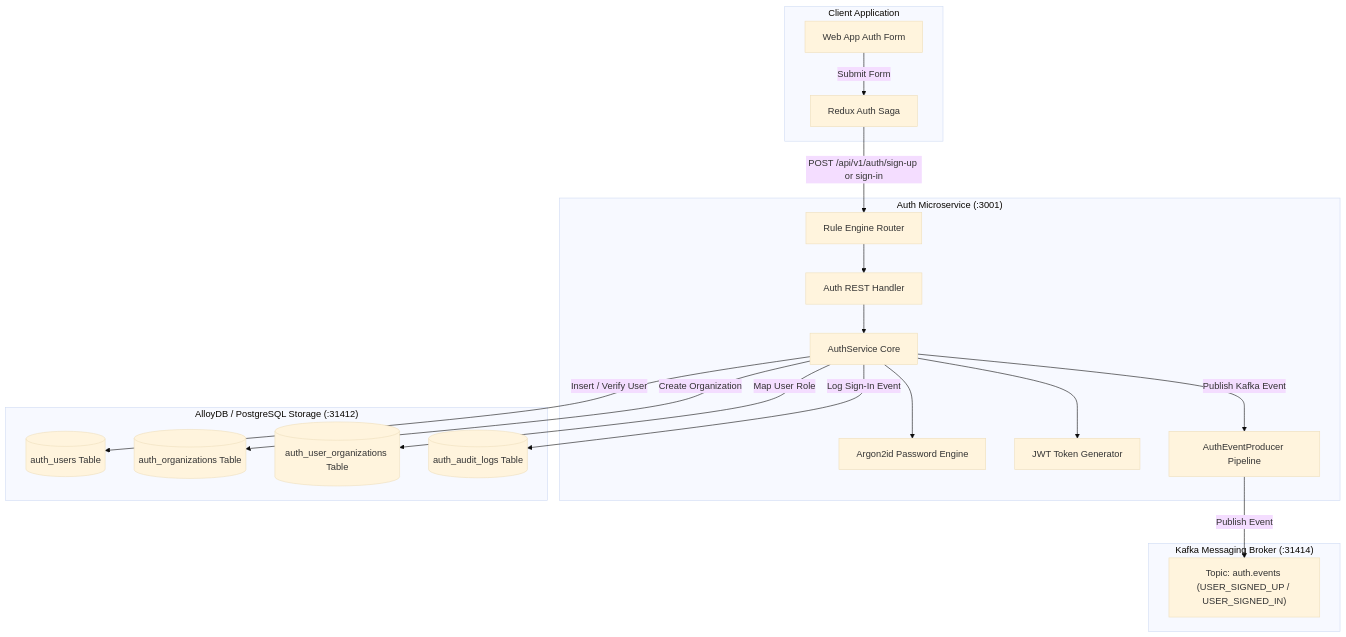
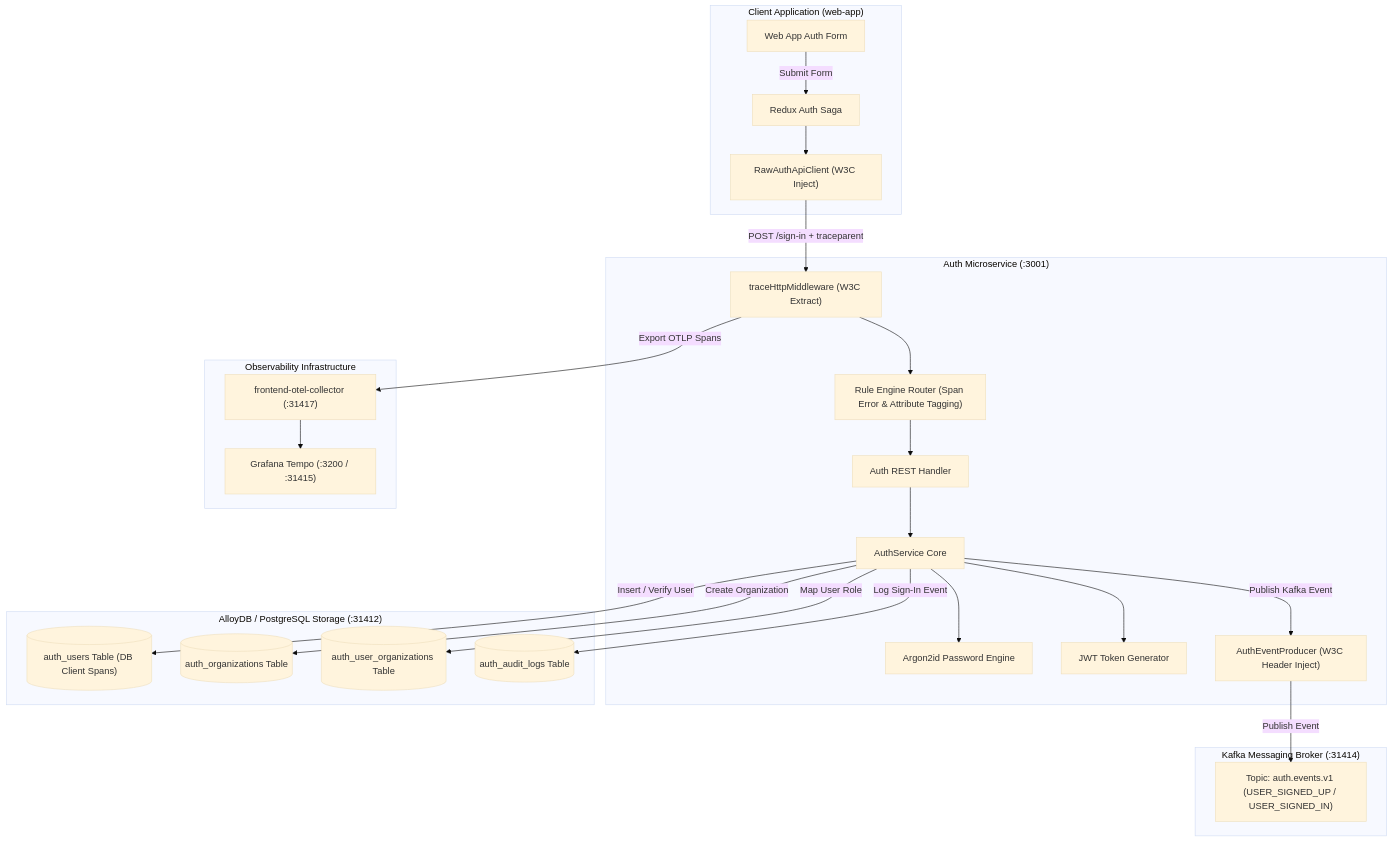
Before and after one commit to Chief-Strategist-J/llm-observability-platform: the first of 3 diagrams in packages/node/auth/adr/0002-authentication-user-registration-and-signin-flow.md, drawn with Mermaid (base theme). The commit also changed other lines of this file and 1 other file, not shown here.

Commit message:
docs(adr): update ADR 0001 and ADR 0002 with tracing, W3C context extraction, and failure span recording

````diff
--- a/packages/node/auth/adr/0002-authentication-user-registration-and-signin-flow.md
+++ b/packages/node/auth/adr/0002-authentication-user-registration-and-signin-flow.md
@@ -11,42 +11,54 @@
 ```mermaid
 flowchart TD
-    subgraph Client["Client Application"]
+    subgraph Client["Client Application (web-app)"]
         UI["Web App Auth Form"]
         Saga["Redux Auth Saga"]
+        AuthClient["RawAuthApiClient (W3C Inject)"]
     end
 
     subgraph Service["Auth Microservice (:3001)"]
-        Router["Rule Engine Router"]
+        Middleware["traceHttpMiddleware (W3C Extract)"]
+        Router["Rule Engine Router (Span Error & Attribute Tagging)"]
         AuthHandler["Auth REST Handler"]
         DomainCore["AuthService Core"]
         ArgonEngine["Argon2id Password Engine"]
         JWTEngine["JWT Token Generator"]
-        KafkaProducer["AuthEventProducer Pipeline"]
+        KafkaProducer["AuthEventProducer (W3C Header Inject)"]
     end
 
     subgraph Messaging["Kafka Messaging Broker (:31414)"]
-        KafkaTopic["Topic: auth.events (USER_SIGNED_UP / USER_SIGNED_IN)"]
+        KafkaTopic["Topic: auth.events.v1 (USER_SIGNED_UP / USER_SIGNED_IN)"]
     end
 
     subgraph Persistence["AlloyDB / PostgreSQL Storage (:31412)"]
-        UsersTable[("auth_users Table")]
+        UsersTable[("auth_users Table (DB Client Spans)")]
         OrgsTable[("auth_organizations Table")]
         MappingsTable[("auth_user_organizations Table")]
         AuditLogsTable[("auth_audit_logs Table")]
     end
 
+    subgraph Telemetry["Observability Infrastructure"]
+        OTELCollector["frontend-otel-collector (:31417)"]
+        Tempo["Grafana Tempo (:3200 / :31415)"]
+    end
+
     UI -->|Submit Form| Saga
-    Saga -->|POST /api/v1/auth/sign-up or sign-in| Router
+    Saga --> AuthClient
+    AuthClient -->|POST /sign-in + traceparent| Middleware
+    Middleware --> Router
     Router --> AuthHandler
     AuthHandler --> DomainCore
 
     DomainCore --> ArgonEngine
     DomainCore --> JWTEngine
     DomainCore -->|Publish Kafka Event| KafkaProducer
     KafkaProducer -->|Publish Event| KafkaTopic
 
     DomainCore -->|Insert / Verify User| UsersTable
     DomainCore -->|Create Organization| OrgsTable
     DomainCore -->|Map User Role| MappingsTable
     DomainCore -->|Log Sign-In Event| AuditLogsTable
+
+    Middleware -->|Export OTLP Spans| OTELCollector
+    OTELCollector --> Tempo
 ```
````
